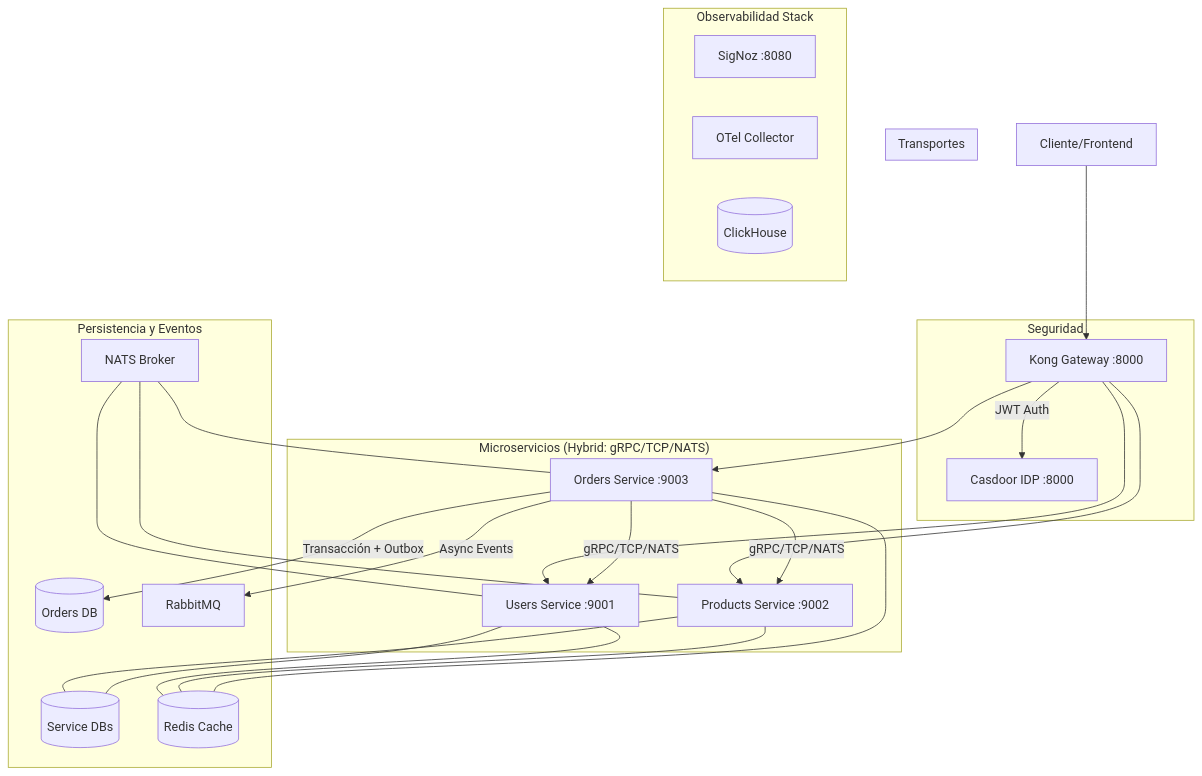
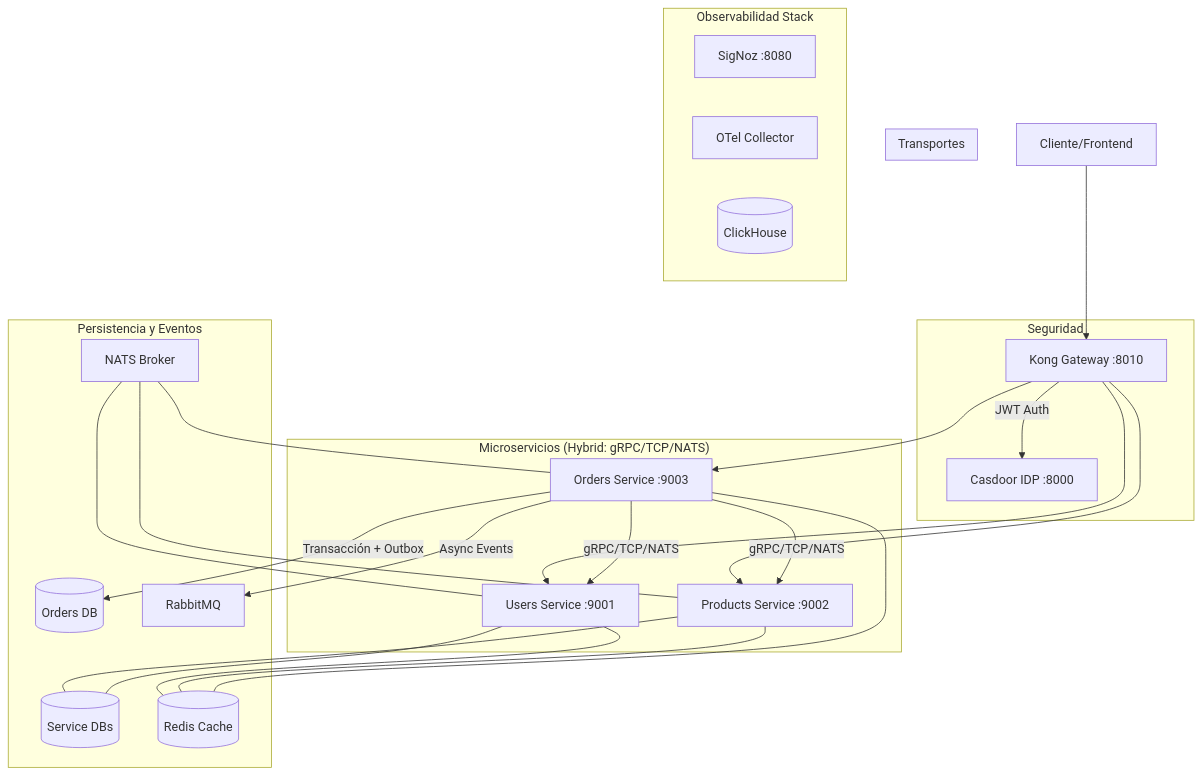
Before and after one commit to bleidertcs/ecommerce-microservices: the diagram in MASTER_GUIDE.md, drawn with Mermaid. The commit also changed other lines of this file and 22 other files, not shown here.

````diff
--- a/MASTER_GUIDE.md
+++ b/MASTER_GUIDE.md
@@ -9,33 +9,33 @@
 ```mermaid
 graph TD
-    Client[Cliente/Frontend] --> Kong[Kong Gateway :8000]
+    Client[Cliente/Frontend] --> Kong[Kong Gateway :8010]
 
     subgraph "Seguridad"
         Kong --> |JWT Auth| CD[Casdoor IDP :8000]
     end
 
     subgraph "Microservicios (Hybrid: gRPC/TCP/NATS)"
         Kong --> Users[Users Service :9001]
         Kong --> Products[Products Service :9002]
         Kong --> Orders[Orders Service :9003]
     end
 
     subgraph "Transportes"
         Orders -- "gRPC/TCP/NATS" --> Users
         Orders -- "gRPC/TCP/NATS" --> Products
     end
 
     subgraph "Persistencia y Eventos"
         Orders -- "Transacción + Outbox" --> DB[(Orders DB)]
         Orders -- "Async Events" --> RMQ[RabbitMQ]
         Products & Users --- PDB[(Service DBs)]
         Users & Products & Orders --- Redis[(Redis Cache)]
         NATS[NATS Broker] --- Users & Products & Orders
     end
 
     subgraph "Observabilidad Stack"
         SigNoz[SigNoz :8080]
         OTelCol[OTel Collector]
         CH[(ClickHouse)]
     end
 ```
````
